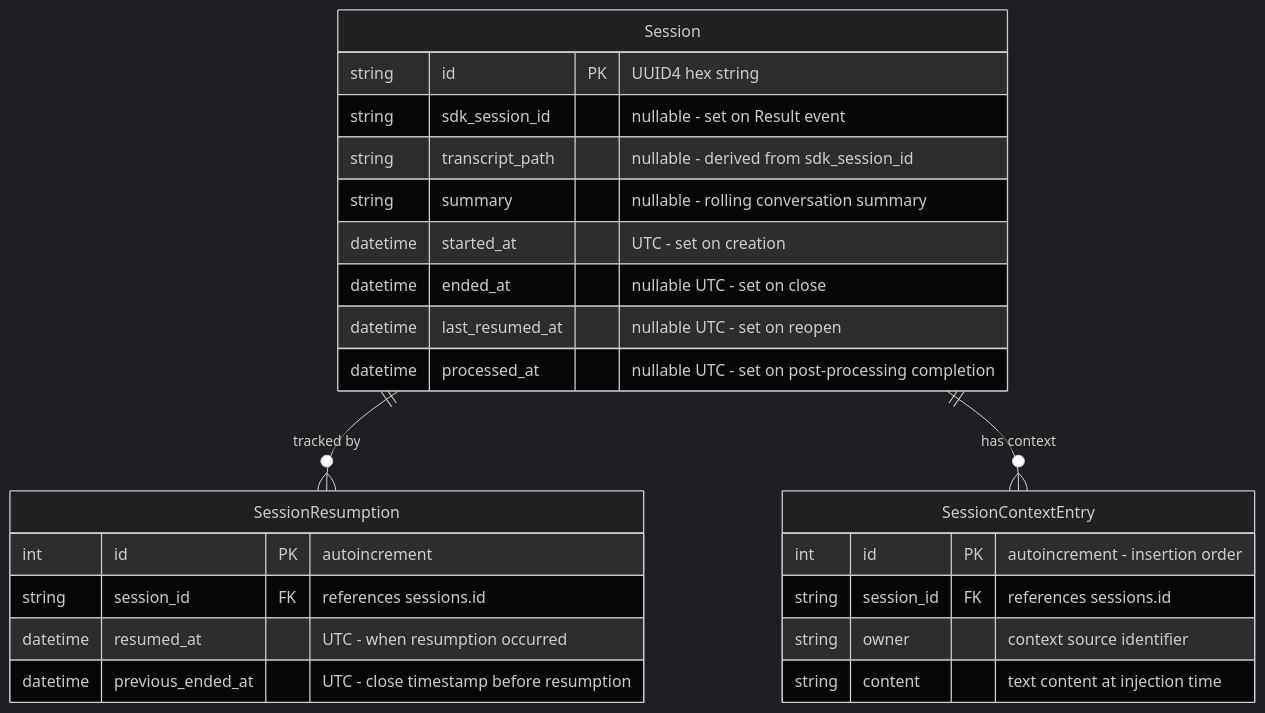
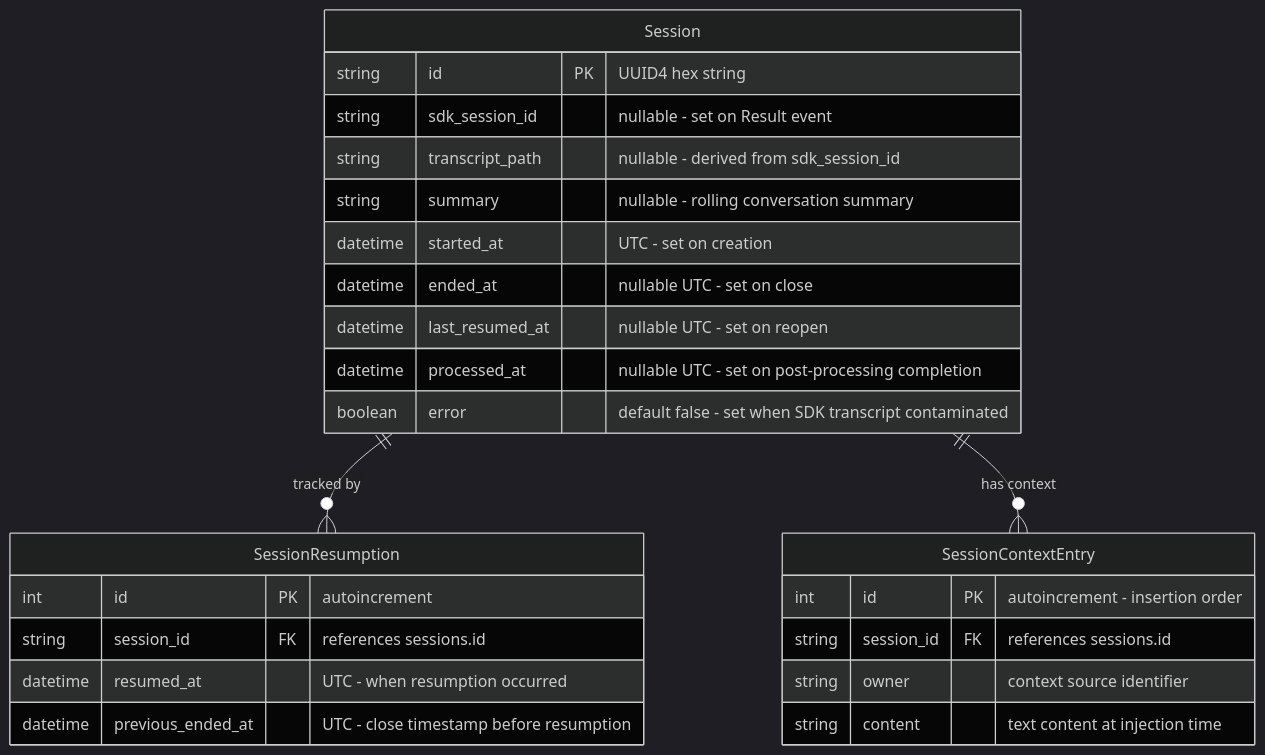
Before and after one commit to asermax/tachikoma: the second of 2 diagrams in docs/feature-designs/agent/sessions.md, drawn with Mermaid (dark theme). The commit also changed other lines of this file and 2 other files, not shown here.

First line of the commit message:
docs(sessions): update specs and designs for session error tracking

````diff
--- a/docs/feature-designs/agent/sessions.md
+++ b/docs/feature-designs/agent/sessions.md
@@ -145,27 +174,28 @@
 ```mermaid
 erDiagram
     Session ||--o{ SessionResumption : "tracked by"
     Session ||--o{ SessionContextEntry : "has context"
     Session {
         string id PK "UUID4 hex string"
         string sdk_session_id "nullable - set on Result event"
         string transcript_path "nullable - derived from sdk_session_id"
         string summary "nullable - rolling conversation summary"
         datetime started_at "UTC - set on creation"
         datetime ended_at "nullable UTC - set on close"
         datetime last_resumed_at "nullable UTC - set on reopen"
         datetime processed_at "nullable UTC - set on post-processing completion"
+        boolean error "default false - set when SDK transcript contaminated"
     }
     SessionResumption {
         int id PK "autoincrement"
         string session_id FK "references sessions.id"
         datetime resumed_at "UTC - when resumption occurred"
         datetime previous_ended_at "UTC - close timestamp before resumption"
     }
     SessionContextEntry {
         int id PK "autoincrement - insertion order"
         string session_id FK "references sessions.id"
         string owner "context source identifier"
         string content "text content at injection time"
     }
 ```
````
